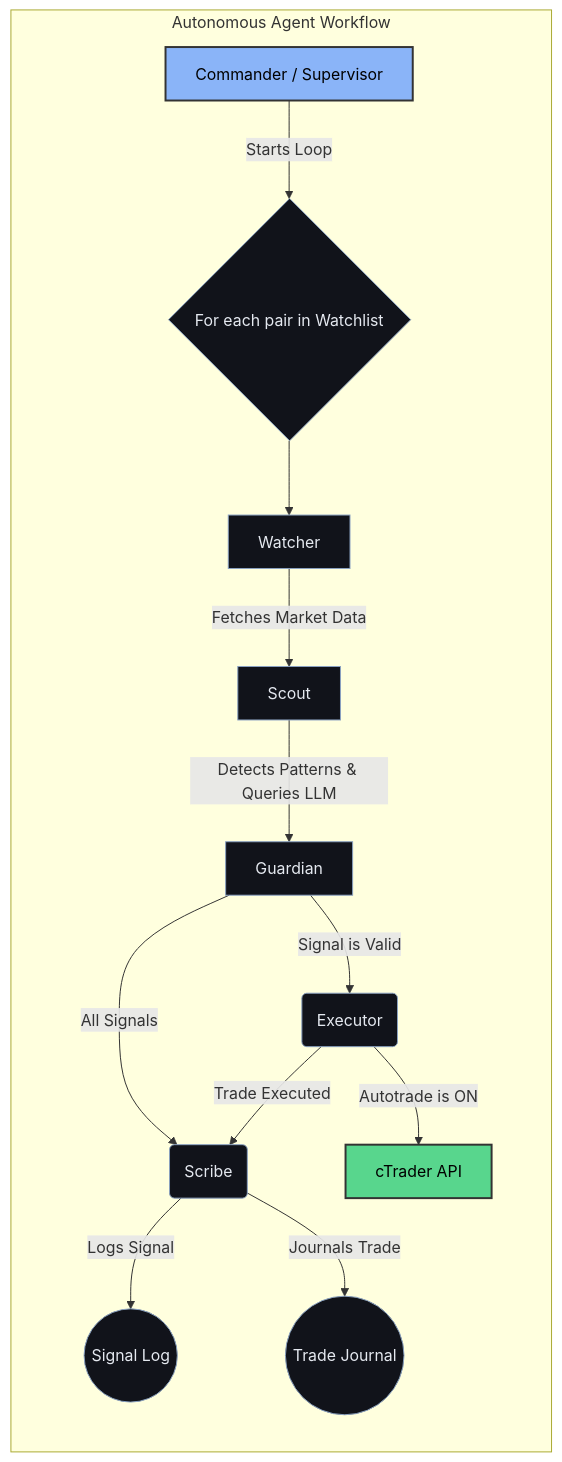
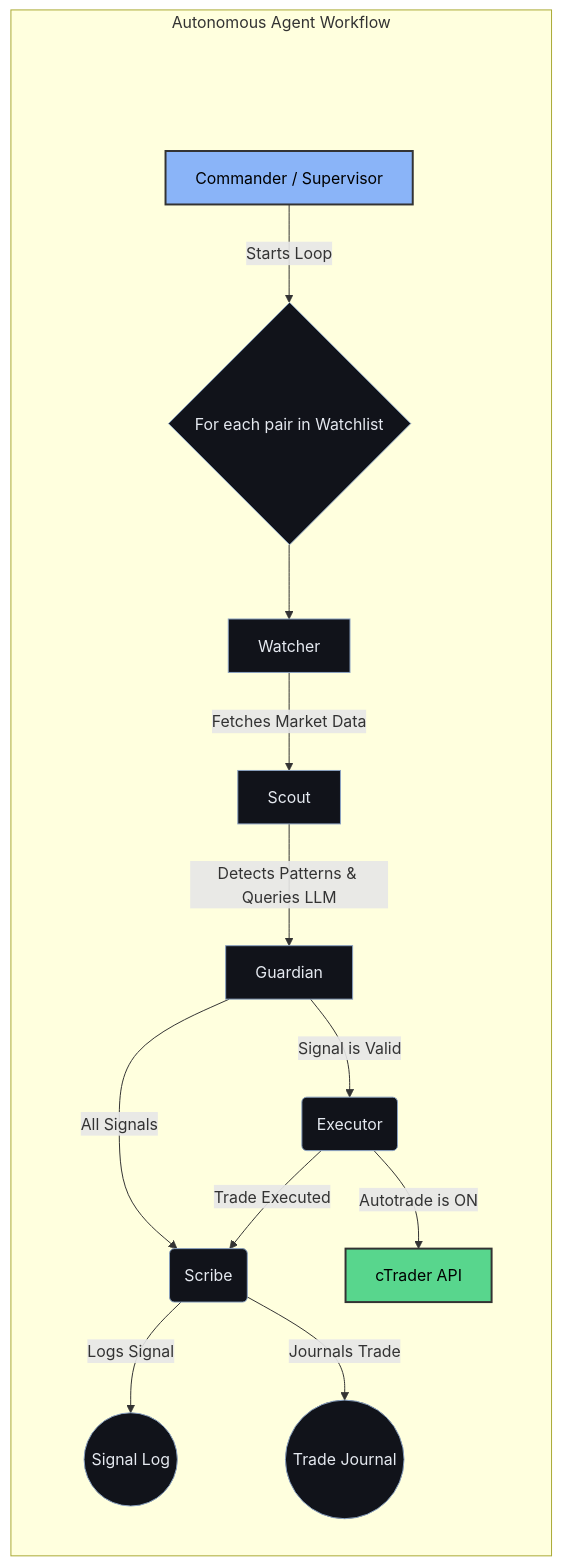
The diagram in README.md (maghdam/GenAI-MultiAgent-TradingSystem), drawn with Mermaid before and after one commit.

````diff
--- a/README.md
+++ b/README.md
@@ -44,23 +44,28 @@
 ```mermaid
 graph TD
-    subgraph "Autonomous Agent Workflow<br/>"
+    subgraph "Autonomous Agent Workflow"
         direction TB
-        
+
+        %% Invisible node for spacing
+        spacer( ):::hidden
+        spacer ~~~ A
+
         A[Commander / Supervisor] -- "Starts Loop" --> B{For each pair in Watchlist};
         B --> C[Watcher];
         C -- "Fetches Market Data" --> D[Scout];
         D -- "Detects Patterns & Queries LLM" --> E[Guardian];
         
         E -- "All Signals" --> F(Scribe);
         F -- "Logs Signal" --> G((Signal Log));
         
         E -- "Signal is Valid" --> H(Executor);
         H -- "Autotrade is ON" --> I[cTrader API];
         H -- "Trade Executed" --> F;
         F -- "Journals Trade" --> J((Trade Journal));
     end
 
+    classDef hidden fill:none,stroke:none;
     style A fill:#8ab4f8,stroke:#333,stroke-width:2px,color:#000
     style I fill:#58d68d,stroke:#333,stroke-width:2px,color:#000
     classDef default fill:#11131a,stroke:#8aa1c1,color:#e5e9f0;
 ```
````
